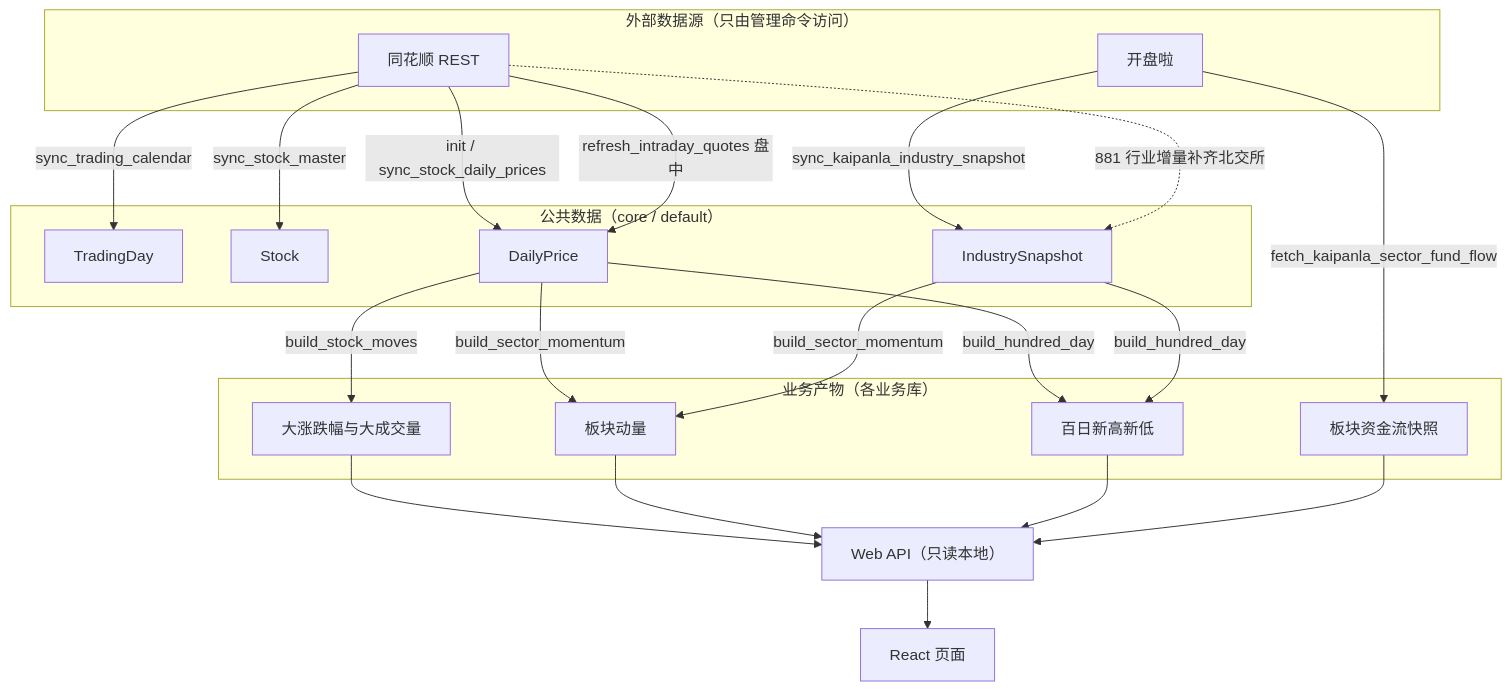
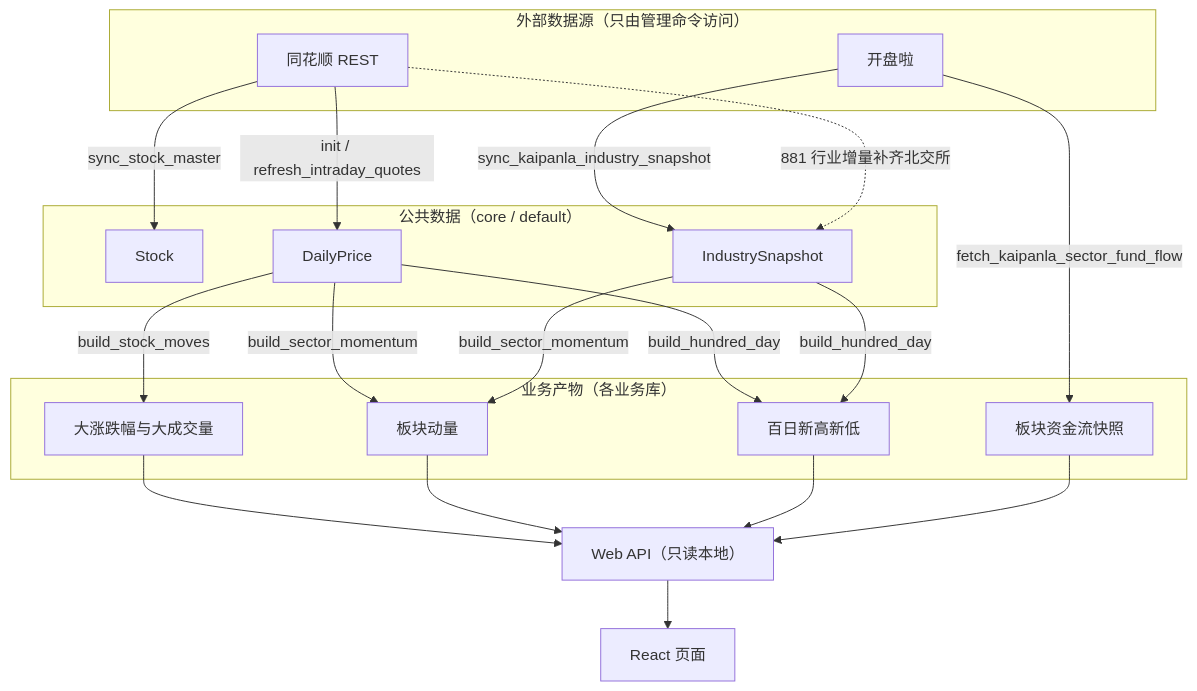
Before and after one commit to imwhatiam/AShareReview: the fourth of 5 diagrams in README.md, drawn with Mermaid. The commit also changed other lines of this file and 200 other files, not shown here.

````diff
--- a/README.md
+++ b/README.md
@@ -271,41 +301,38 @@
 ```mermaid
 flowchart TD
     subgraph UP["外部数据源（只由管理命令访问）"]
         TH["同花顺 REST"]
         KPL["开盘啦"]
     end
 
     subgraph PUB["公共数据（core / default）"]
-        CAL["TradingDay"]
         MAS["Stock"]
         IND["IndustrySnapshot"]
         DP["DailyPrice"]
     end
 
     subgraph OUT["业务产物（各业务库）"]
         KPS["板块资金流快照"]
         SMR["大涨跌幅与大成交量"]
         SEM["板块动量"]
         HDR["百日新高新低"]
     end
 
-    TH -->|sync_trading_calendar| CAL
     TH -->|sync_stock_master| MAS
     KPL -->|sync_kaipanla_industry_snapshot| IND
     TH -. 881 行业增量补齐北交所 .-> IND
-    TH -->|init / sync_stock_daily_prices| DP
-    TH -->|refresh_intraday_quotes 盘中| DP
+    TH -->|init / refresh_intraday_quotes| DP
     KPL -->|fetch_kaipanla_sector_fund_flow| KPS
 
     DP -->|build_stock_moves| SMR
     DP -->|build_sector_momentum| SEM
     IND -->|build_sector_momentum| SEM
     DP -->|build_hundred_day| HDR
     IND -->|build_hundred_day| HDR
 
     SMR --> API["Web API（只读本地）"]
     SEM --> API
     HDR --> API
     KPS --> API
     API --> WEB["React 页面"]
 ```
````
